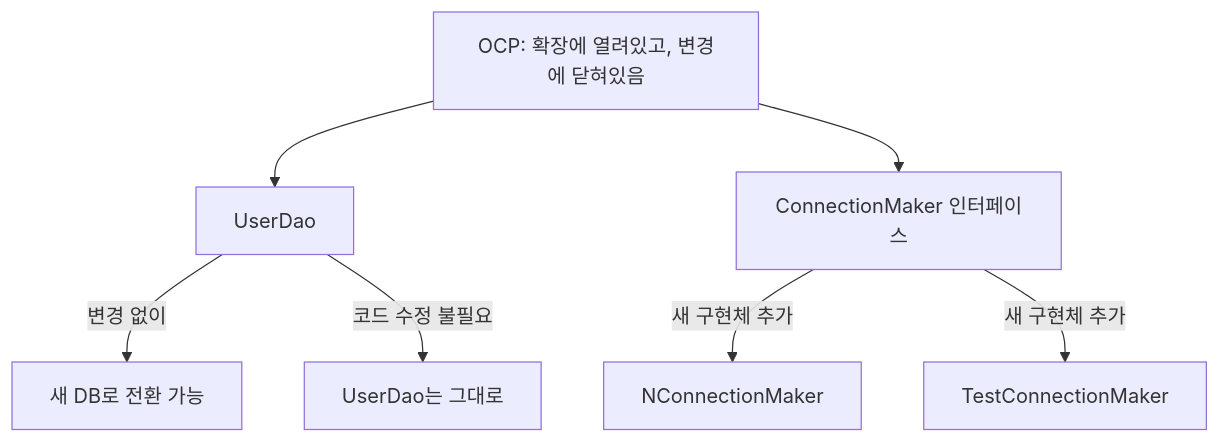
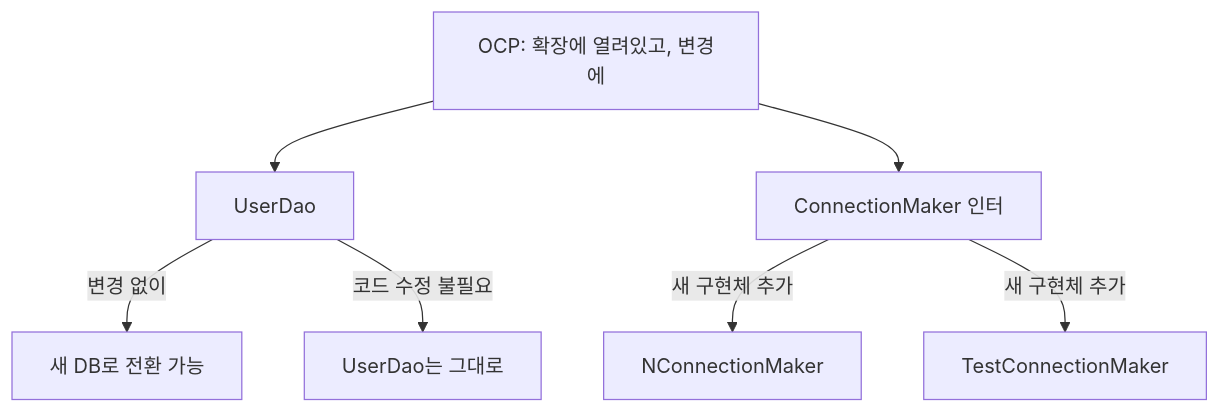
The second of 7 diagrams in _posts/spring/2026-05-02-spring6-principles.md (yjkim2015/yjkim2015.github.io), drawn with Mermaid before and after one commit. The commit also changed other lines of this file and 271 other files, not shown here.

First line of the commit message:
Mermaid 라벨 축소: 긴 노드 텍스트 18자 이하로 트림 + \n 제거

````diff
--- a/_posts/spring/2026-05-02-spring6-principles.md
+++ b/_posts/spring/2026-05-02-spring6-principles.md
@@ -91,9 +91,9 @@
 ```mermaid
 graph TD
-    A["OCP: 확장에 열려있고, 변경에 닫혀있음"] --> B[UserDao]
-    A --> C["ConnectionMaker 인터페이스"]
+    A["OCP: 확장에 열려있고, 변경에"] --> B[UserDao]
+    A --> C["ConnectionMaker 인터"]
     B -->|"변경 없이"| D["새 DB로 전환 가능"]
     C -->|"새 구현체 추가"| E[NConnectionMaker]
     C -->|"새 구현체 추가"| F[TestConnectionMaker]
     B -->|"코드 수정 불필요"| G["UserDao는 그대로"]
 ```
````
